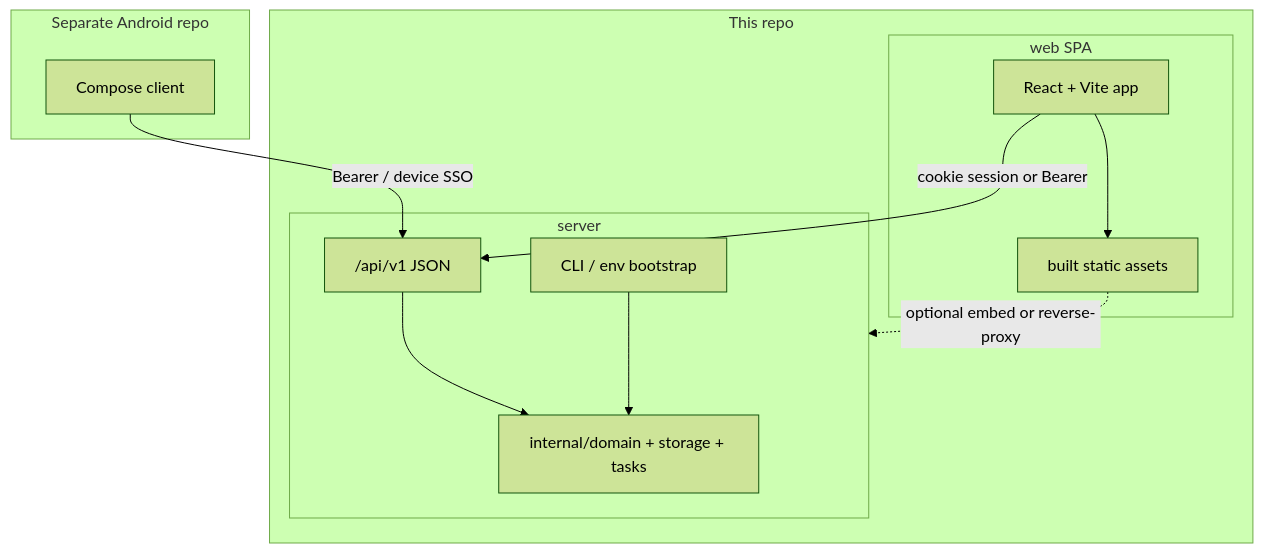
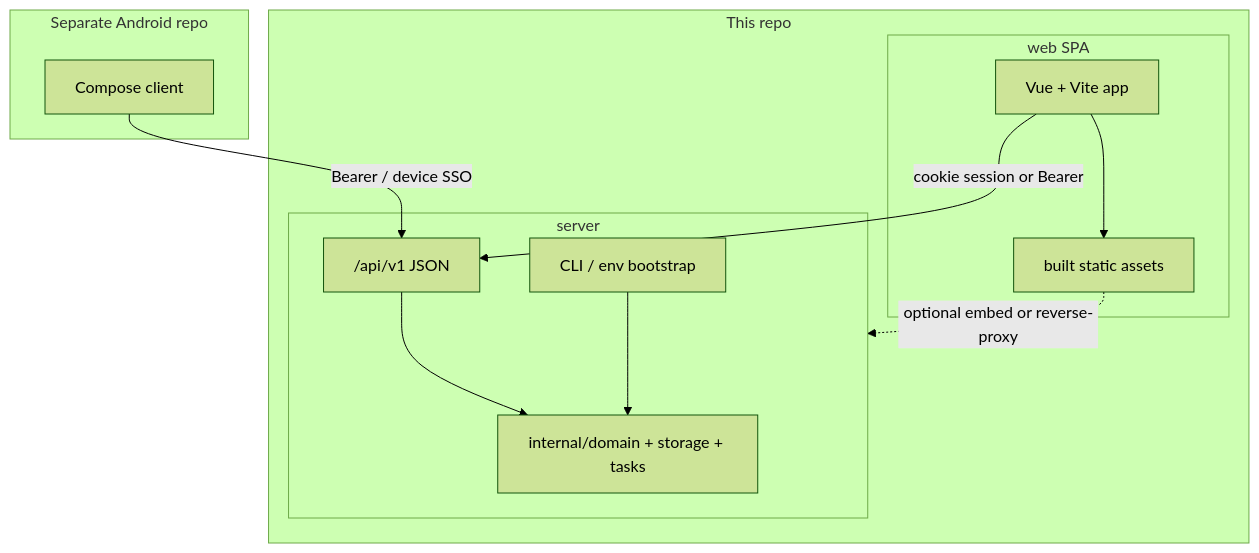
The second of 2 diagrams in docs/MIGRATION_SERVER_WEB_SPA.md (SentientTD-Studios/Ordryn), drawn with Mermaid (forest theme) before and after one commit. The commit also changed other lines of this file and 41 other files, not shown here.

First line of the commit message:
Phase B: Vue 3 SPA under web/ with /app hosting

````diff
--- a/docs/MIGRATION_SERVER_WEB_SPA.md
+++ b/docs/MIGRATION_SERVER_WEB_SPA.md
@@ -69,23 +69,23 @@
 ```mermaid
 flowchart TB
   subgraph serverRepo [This repo]
     subgraph server [server]
       Domain[internal/domain + storage + tasks]
       APIv1["/api/v1 JSON"]
       Boot[CLI / env bootstrap]
       APIv1 --> Domain
       Boot --> Domain
     end
     subgraph web [web SPA]
-      SPA[React + Vite app]
+      SPA[Vue + Vite app]
       Static[built static assets]
       SPA --> Static
     end
     Static -.->|"optional embed or reverse-proxy"| server
   end
   subgraph androidRepo [Separate Android repo]
     App[Compose client]
   end
   SPA -->|"cookie session or Bearer"| APIv1
   App -->|"Bearer / device SSO"| APIv1
 ```
````
